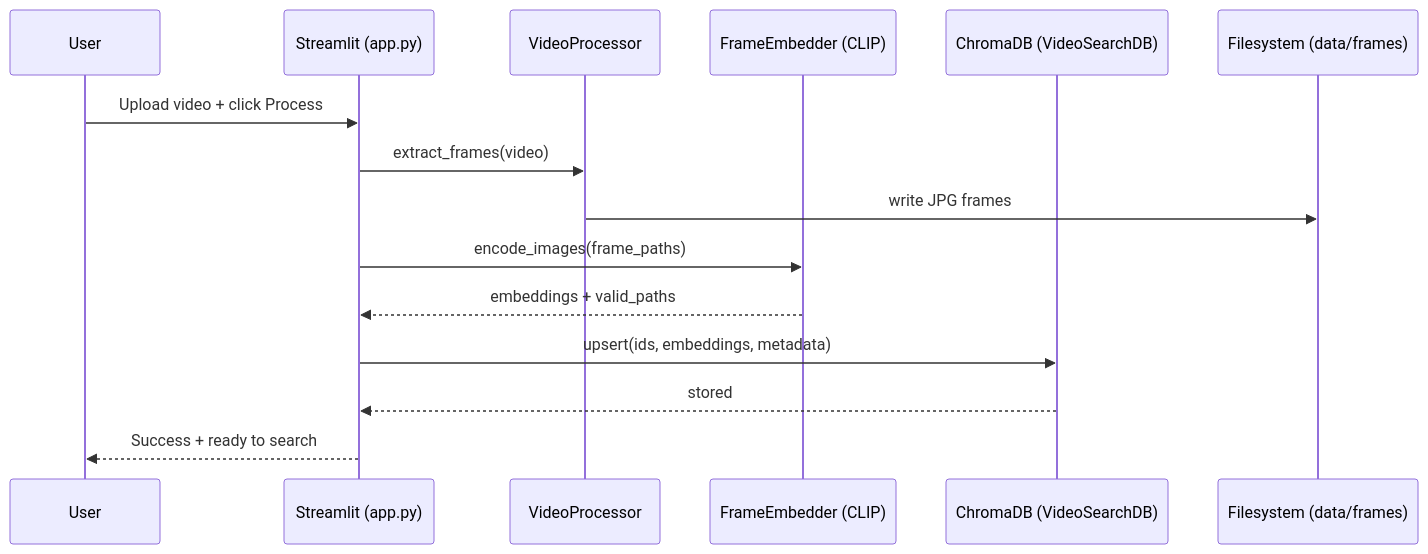
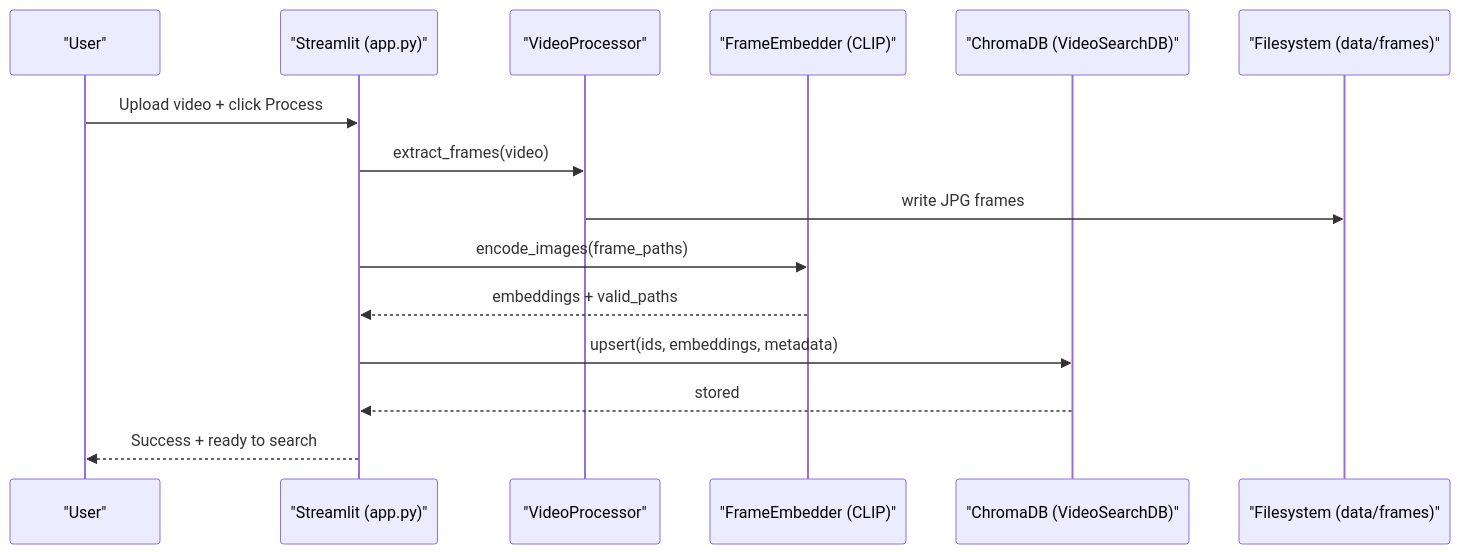
One commit to pypi-ahmad/v-rag-video-search changed the second of 3 diagrams in README.md. Above: the diagram before and after it, drawn with Mermaid.

Commit message:
Docs: harden remaining Mermaid labels for GitHub rendering

````diff
--- a/README.md
+++ b/README.md
@@ -52,18 +52,18 @@
 ```mermaid
 sequenceDiagram
-  participant U as User
-  participant S as Streamlit (app.py)
-  participant V as VideoProcessor
-  participant E as FrameEmbedder (CLIP)
-  participant C as ChromaDB (VideoSearchDB)
-  participant F as Filesystem (data/frames)
+  participant U as "User"
+  participant S as "Streamlit (app.py)"
+  participant V as "VideoProcessor"
+  participant E as "FrameEmbedder (CLIP)"
+  participant C as "ChromaDB (VideoSearchDB)"
+  participant F as "Filesystem (data/frames)"
 
   U->>S: Upload video + click Process
   S->>V: extract_frames(video)
   V->>F: write JPG frames
   S->>E: encode_images(frame_paths)
   E-->>S: embeddings + valid_paths
   S->>C: upsert(ids, embeddings, metadata)
   C-->>S: stored
   S-->>U: Success + ready to search
 ```
````
